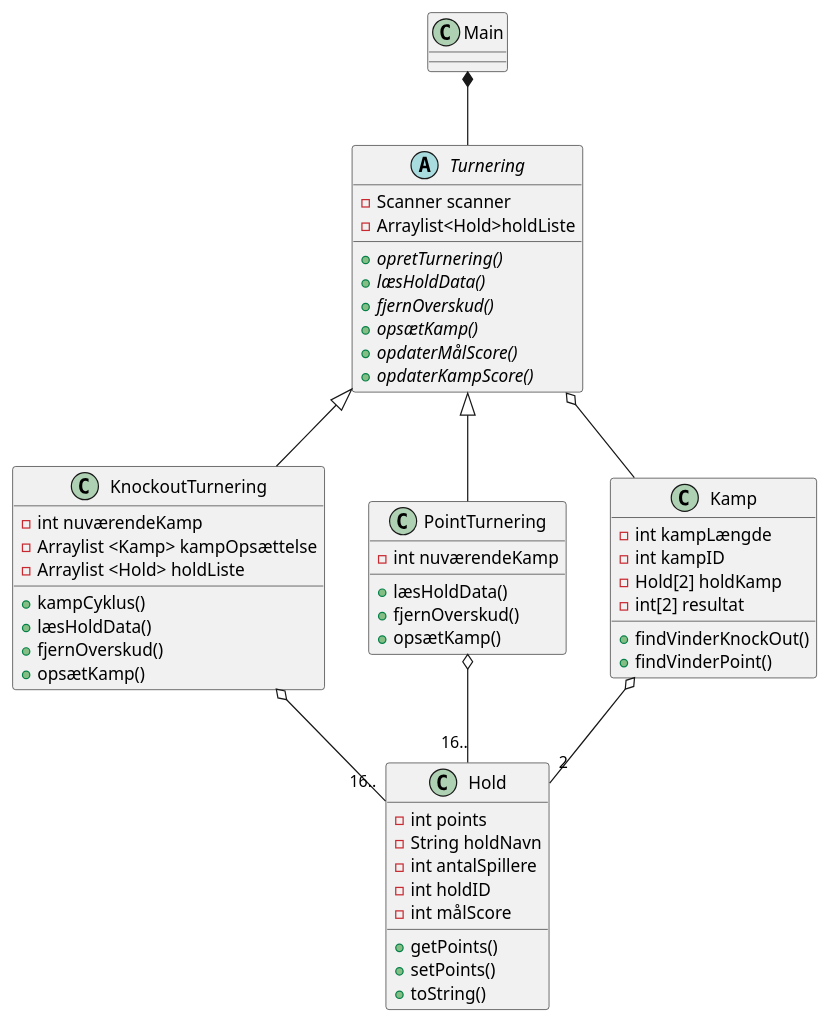
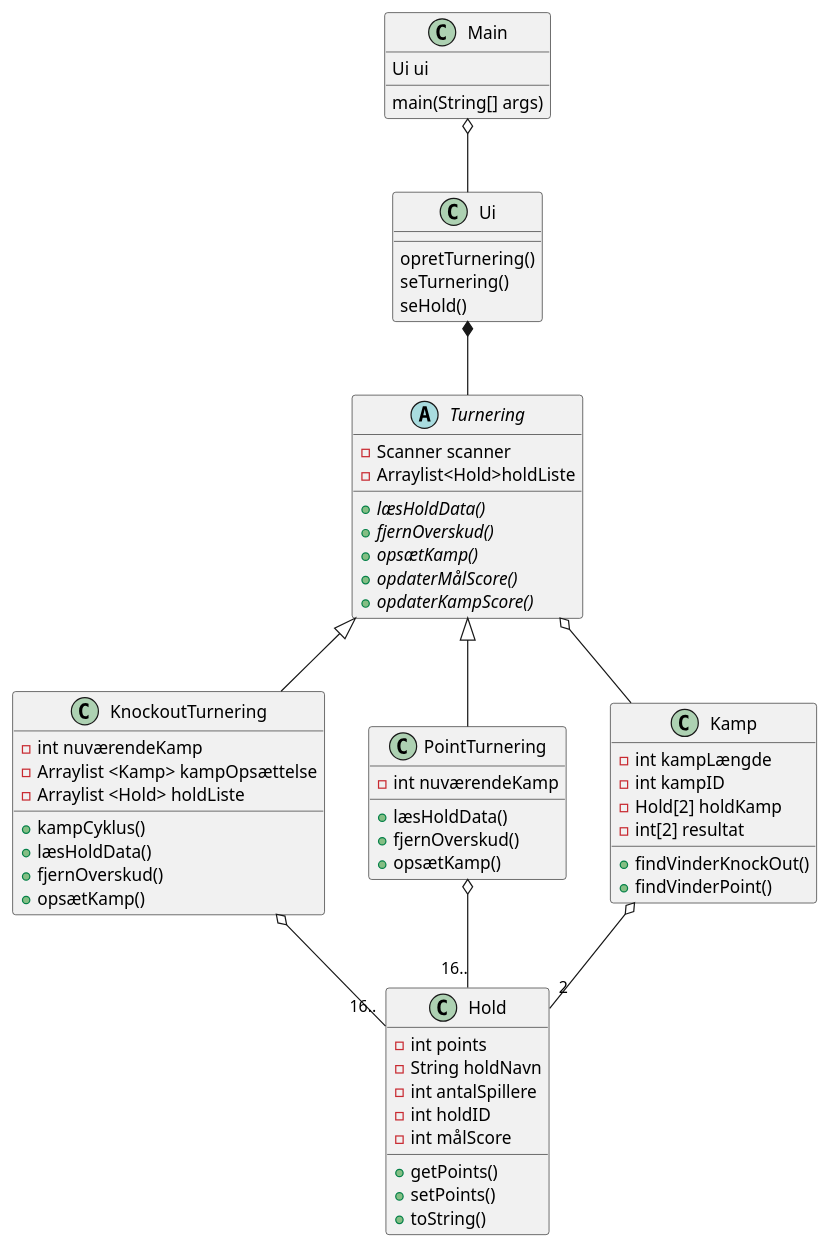
One commit to Datamatiker-A3/SP3 changed the diagram in SP3/src/UML/Klassediagram.puml. Above: the diagram before and after it, drawn with PlantUML.

Commit message:
Hello det er Anders, ændrede Klassediagram.puml

```diff
--- a/SP3/src/UML/Klassediagram.puml
+++ b/SP3/src/UML/Klassediagram.puml
@@ -1,70 +1,75 @@
 @startuml
 'https://plantuml.com/class-diagram
 
 abstract class Turnering
 class Main
 class Hold
 class KnockoutTurnering
 class PointTurnering
 class Kamp
-
-Main *-- Turnering
+Main o-- Ui
+Ui *-- Turnering
 Turnering <|-- KnockoutTurnering
 Turnering<|-- PointTurnering
 KnockoutTurnering o-- "16.." Hold
 PointTurnering o-- "16.." Hold
 Turnering o-- Kamp
 Kamp o-- "2" Hold
 
+class Ui{
+opretTurnering()
+seTurnering()
+seHold()
+}
 
 class Main {
-
+main(String[] args)
+Ui ui
 }
 class Kamp{
 - int kampLængde
 - int kampID
 - Hold[2] holdKamp
 - int[2] resultat
 + findVinderKnockOut()
 + findVinderPoint()
 }
 
 class Hold{
 - int points
 - String holdNavn
 - int antalSpillere
 - int holdID
 - int målScore
 + getPoints()
 + setPoints()
 + toString()
 
 }
 abstract class Turnering{
 - Scanner scanner
 - Arraylist<Hold>holdListe
-+ {abstract}opretTurnering()
 + {abstract}læsHoldData()
 + {abstract}fjernOverskud()
 + {abstract}opsætKamp()
 + {abstract}opdaterMålScore()
 + {abstract}opdaterKampScore()
 }
 class KnockoutTurnering{
 - int nuværendeKamp
 - Arraylist <Kamp> kampOpsættelse
 - Arraylist <Hold> holdListe
 + kampCyklus()
 + læsHoldData()
 + fjernOverskud()
 + opsætKamp()
 }
 class PointTurnering{
 - int nuværendeKamp
 + læsHoldData()
 + fjernOverskud()
 + opsætKamp()
 }
 
 
 @enduml
```
